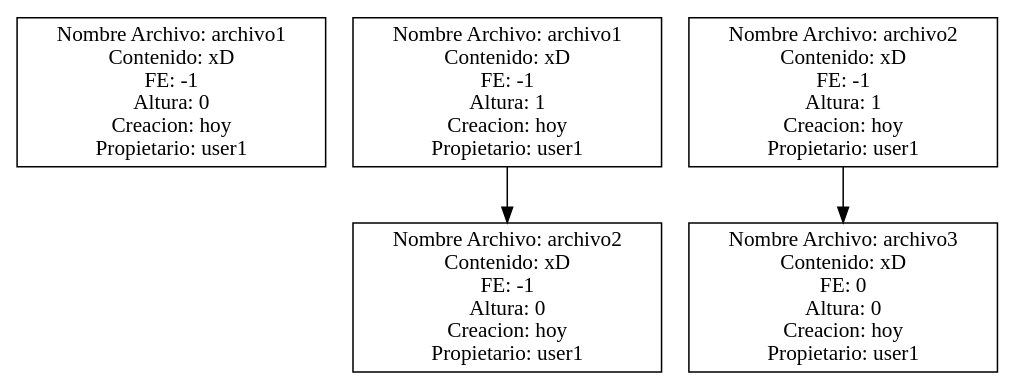
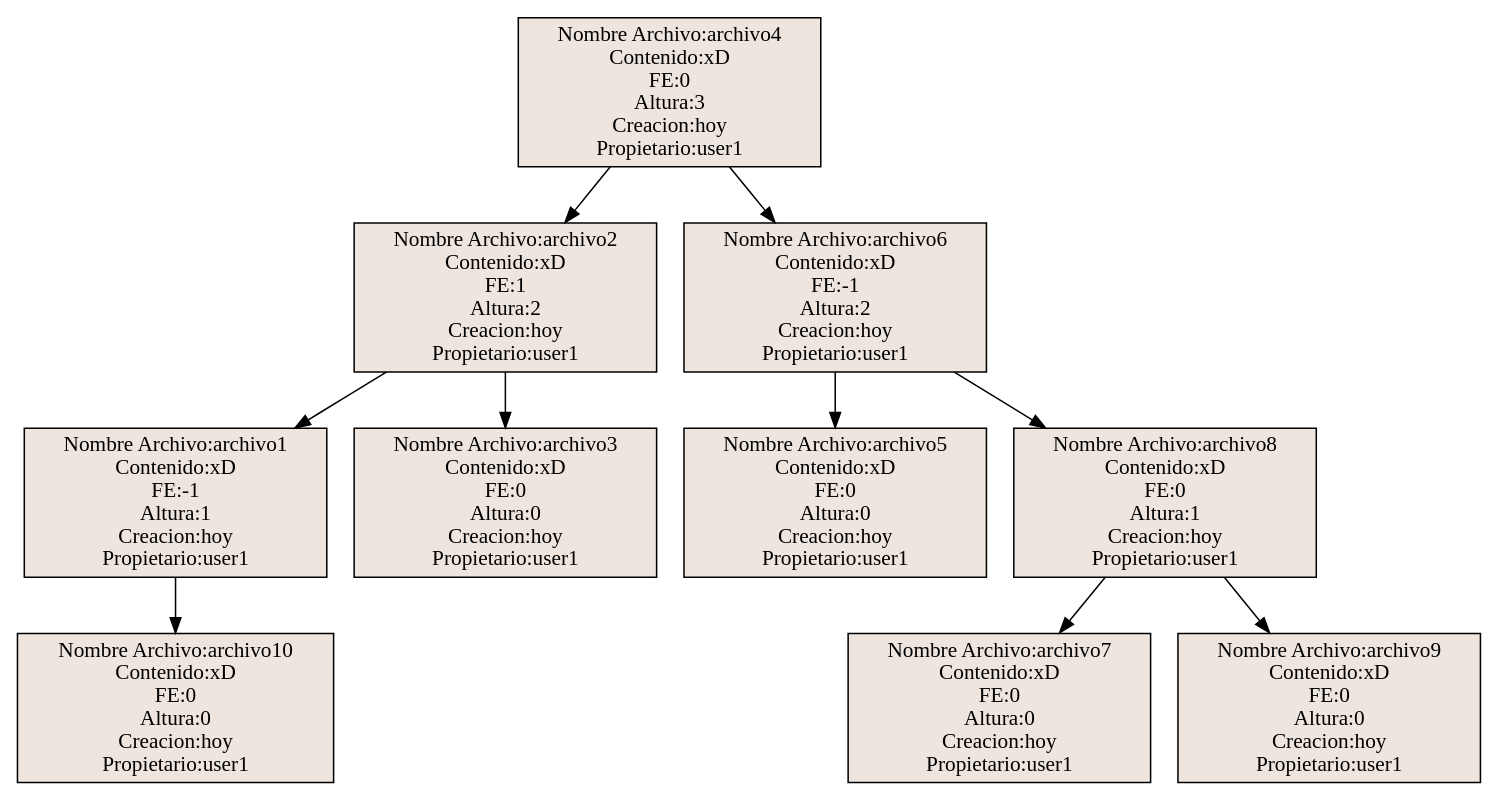
The diagram in Reportes/Arbol_AVL.dot (CSuy/EDD_2S2019_PY2_201700918), drawn with Graphviz before and after one commit. The commit also changed 18 other files, not shown here.

```diff
--- a/Reportes/Arbol_AVL.dot
+++ b/Reportes/Arbol_AVL.dot
@@ -1,31 +1,118 @@
 digraph guia{ 
-node [shape = record];
-"Nombre Archivo: archivo1
- Contenido: xD
- FE: -1
- Altura: 0
- Creacion: hoy
- Propietario: user1";"Nombre Archivo: archivo1
- Contenido: xD
- FE: -1
- Altura: 1
- Creacion: hoy
- Propietario: user1"-> 
-"Nombre Archivo: archivo2
- Contenido: xD
- FE: -1
- Altura: 0
- Creacion: hoy
- Propietario: user1";"Nombre Archivo: archivo2
- Contenido: xD
- FE: -1
- Altura: 1
- Creacion: hoy
- Propietario: user1"-> 
-"Nombre Archivo: archivo3
- Contenido: xD
- FE: 0
- Altura: 0
- Creacion: hoy
- Propietario: user1";
+node [shape = record, style=filled, fillcolor=seashell2];
+"Nombre Archivo:archivo4
+ Contenido:xD
+ FE:0
+ Altura:3
+ Creacion:hoy
+ Propietario:user1"; 
+"Nombre Archivo:archivo4
+ Contenido:xD
+ FE:0
+ Altura:3
+ Creacion:hoy
+ Propietario:user1"-> 
+"Nombre Archivo:archivo2
+ Contenido:xD
+ FE:1
+ Altura:2
+ Creacion:hoy
+ Propietario:user1"; 
+"Nombre Archivo:archivo2
+ Contenido:xD
+ FE:1
+ Altura:2
+ Creacion:hoy
+ Propietario:user1"-> 
+"Nombre Archivo:archivo1
+ Contenido:xD
+ FE:-1
+ Altura:1
+ Creacion:hoy
+ Propietario:user1"; 
+"Nombre Archivo:archivo1
+ Contenido:xD
+ FE:-1
+ Altura:1
+ Creacion:hoy
+ Propietario:user1"-> 
+"Nombre Archivo:archivo10
+ Contenido:xD
+ FE:0
+ Altura:0
+ Creacion:hoy
+ Propietario:user1"; 
+"Nombre Archivo:archivo2
+ Contenido:xD
+ FE:1
+ Altura:2
+ Creacion:hoy
+ Propietario:user1"-> 
+"Nombre Archivo:archivo3
+ Contenido:xD
+ FE:0
+ Altura:0
+ Creacion:hoy
+ Propietario:user1"; 
+"Nombre Archivo:archivo4
+ Contenido:xD
+ FE:0
+ Altura:3
+ Creacion:hoy
+ Propietario:user1"-> 
+"Nombre Archivo:archivo6
+ Contenido:xD
+ FE:-1
+ Altura:2
+ Creacion:hoy
+ Propietario:user1"; 
+"Nombre Archivo:archivo6
+ Contenido:xD
+ FE:-1
+ Altura:2
+ Creacion:hoy
+ Propietario:user1"-> 
+"Nombre Archivo:archivo5
+ Contenido:xD
+ FE:0
+ Altura:0
+ Creacion:hoy
+ Propietario:user1"; 
+"Nombre Archivo:archivo6
+ Contenido:xD
+ FE:-1
+ Altura:2
+ Creacion:hoy
+ Propietario:user1"-> 
+"Nombre Archivo:archivo8
+ Contenido:xD
+ FE:0
+ Altura:1
+ Creacion:hoy
+ Propietario:user1"; 
+"Nombre Archivo:archivo8
+ Contenido:xD
+ FE:0
+ Altura:1
+ Creacion:hoy
+ Propietario:user1"-> 
+"Nombre Archivo:archivo7
+ Contenido:xD
+ FE:0
+ Altura:0
+ Creacion:hoy
+ Propietario:user1"; 
+"Nombre Archivo:archivo8
+ Contenido:xD
+ FE:0
+ Altura:1
+ Creacion:hoy
+ Propietario:user1"-> 
+"Nombre Archivo:archivo9
+ Contenido:xD
+ FE:0
+ Altura:0
+ Creacion:hoy
+ Propietario:user1"; 
+
 }
```
